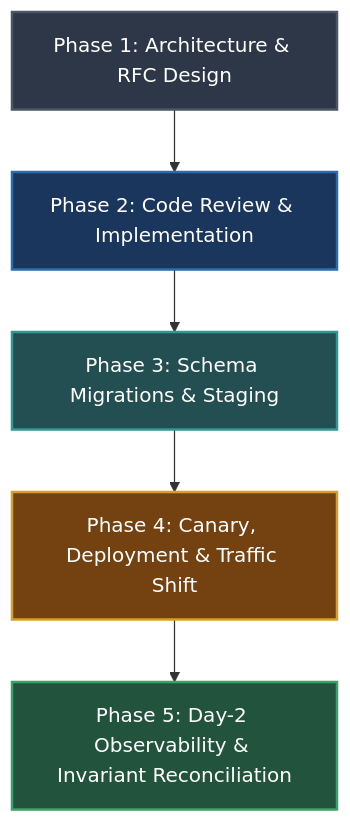
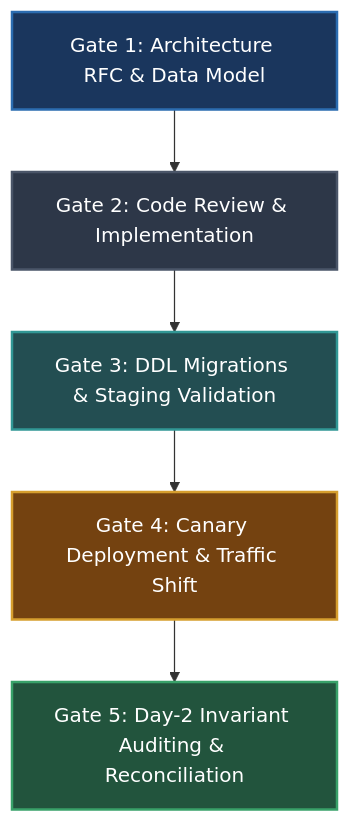
The diagram in rules/edgeCases/check-list/00-master-engineering-checklist.md (Chief-Strategist-J/llm-obs-policies), drawn with Mermaid before and after one commit. The commit also changed other lines of this file, not shown here.

````diff
--- a/rules/edgeCases/check-list/00-master-engineering-checklist.md
+++ b/rules/edgeCases/check-list/00-master-engineering-checklist.md
@@ -24,13 +22,13 @@
 ```mermaid
 flowchart TD
-    A[Phase 1: Architecture & RFC Design] --> B[Phase 2: Code Review & Implementation]
-    B --> C[Phase 3: Schema Migrations & Staging]
-    C --> D[Phase 4: Canary, Deployment & Traffic Shift]
-    D --> E[Phase 5: Day-2 Observability & Invariant Reconciliation]
+    G1[Gate 1: Architecture RFC & Data Model] --> G2[Gate 2: Code Review & Implementation]
+    G2 --> G3[Gate 3: DDL Migrations & Staging Validation]
+    G3 --> G4[Gate 4: Canary Deployment & Traffic Shift]
+    G4 --> G5[Gate 5: Day-2 Invariant Auditing & Reconciliation]
 
-    style A fill:#2D3748,stroke:#4A5568,stroke-width:2px,color:#fff
-    style B fill:#1A365D,stroke:#2B6CB0,stroke-width:2px,color:#fff
-    style C fill:#234E52,stroke:#319795,stroke-width:2px,color:#fff
-    style D fill:#744210,stroke:#D69E2E,stroke-width:2px,color:#fff
-    style E fill:#22543D,stroke:#38A169,stroke-width:2px,color:#fff
+    style G1 fill:#1A365D,stroke:#2B6CB0,stroke-width:2px,color:#fff
+    style G2 fill:#2D3748,stroke:#4A5568,stroke-width:2px,color:#fff
+    style G3 fill:#234E52,stroke:#319795,stroke-width:2px,color:#fff
+    style G4 fill:#744210,stroke:#D69E2E,stroke-width:2px,color:#fff
+    style G5 fill:#22543D,stroke:#38A169,stroke-width:2px,color:#fff
 ```
````
